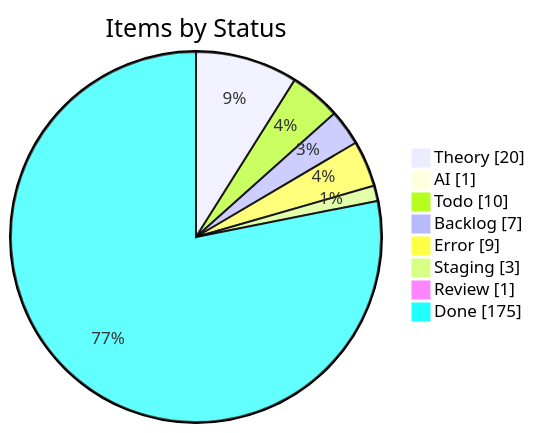
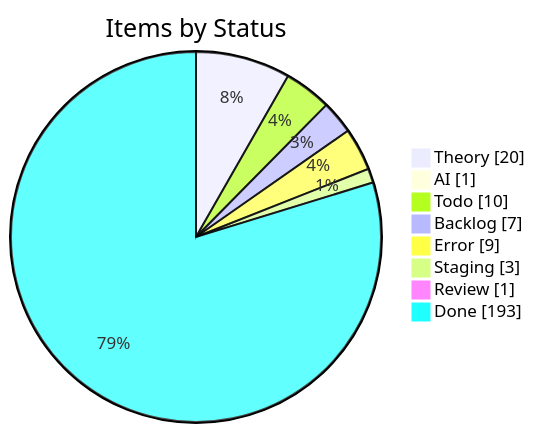
One commit to KBVE/kbve changed the first of 4 diagrams in apps/kbve/astro-kbve/src/content/docs/dashboard/kanban-data.mdx. Above: the diagram before and after it, drawn with Mermaid. The commit also changed other lines of this file and 8 other files, not shown here.

````diff
--- a/apps/kbve/astro-kbve/src/content/docs/dashboard/kanban-data.mdx
+++ b/apps/kbve/astro-kbve/src/content/docs/dashboard/kanban-data.mdx
@@ -55,12 +55,12 @@
 ```mermaid
 pie showData
     title Items by Status
     "Theory" : 20
     "AI" : 1
     "Todo" : 10
     "Backlog" : 7
     "Error" : 9
     "Staging" : 3
     "Review" : 1
-    "Done" : 175
+    "Done" : 193
 ```
````
